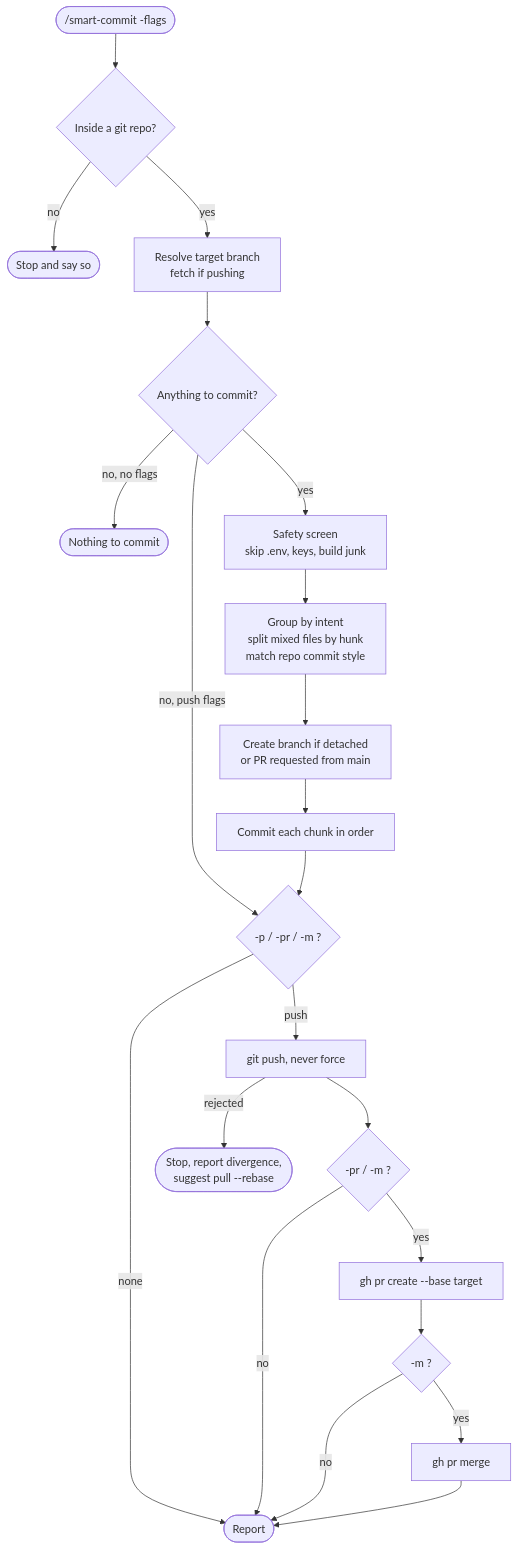
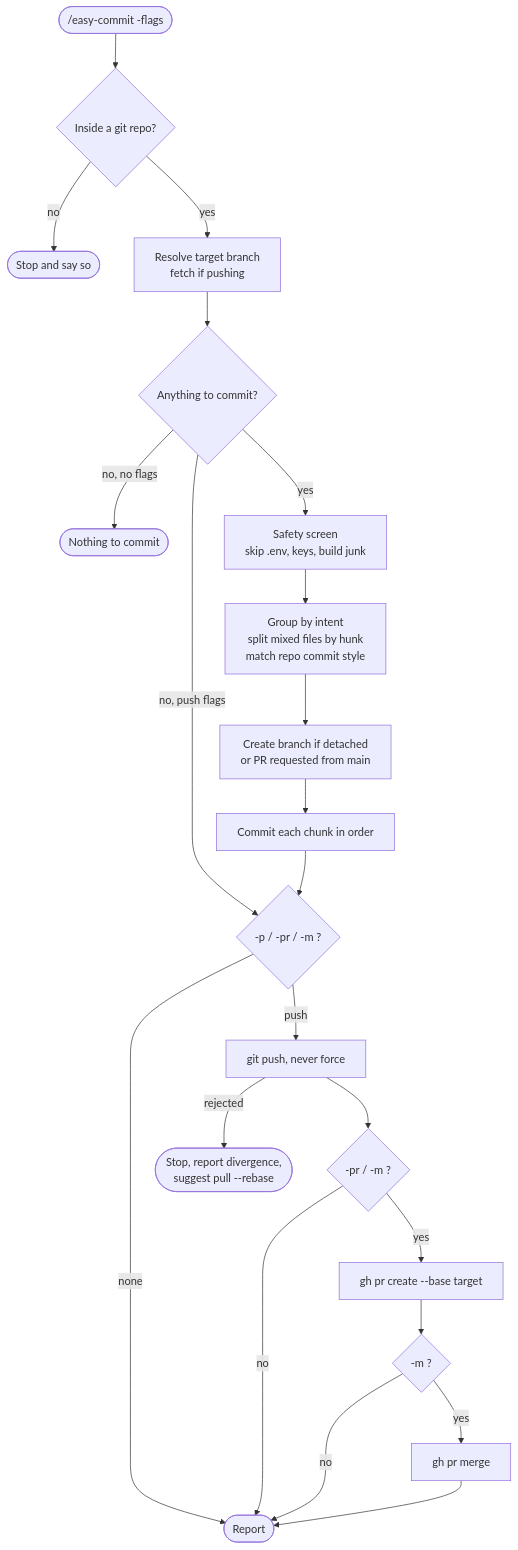
The diagram in README.md (KarmitP98/easy-commit), drawn with Mermaid before and after one commit. The commit also changed other lines of this file and 8 other files, not shown here.

First line of the commit message:
refactor: rename smart-commit to easy-commit

````diff
--- a/README.md
+++ b/README.md
@@ -74,23 +74,23 @@
 ```mermaid
 flowchart TD
-    A([/smart-commit -flags]) --> B{Inside a git repo?}
+    A([/easy-commit -flags]) --> B{Inside a git repo?}
     B -- no --> X([Stop and say so])
     B -- yes --> C[Resolve target branch<br/>fetch if pushing]
     C --> D{Anything to commit?}
     D -- no, no flags --> Y([Nothing to commit])
     D -- no, push flags --> G
     D -- yes --> E[Safety screen<br/>skip .env, keys, build junk]
     E --> F[Group by intent<br/>split mixed files by hunk<br/>match repo commit style]
     F --> H[Create branch if detached<br/>or PR requested from main]
     H --> I[Commit each chunk in order]
     I --> G{-p / -pr / -m ?}
     G -- none --> Z([Report])
     G -- push --> P[git push, never force]
     P -- rejected --> R([Stop, report divergence,<br/>suggest pull --rebase])
     P --> Q{-pr / -m ?}
     Q -- no --> Z
     Q -- yes --> S[gh pr create --base target]
     S --> T{-m ?}
     T -- no --> Z
     T -- yes --> U[gh pr merge] --> Z
 ```
````
